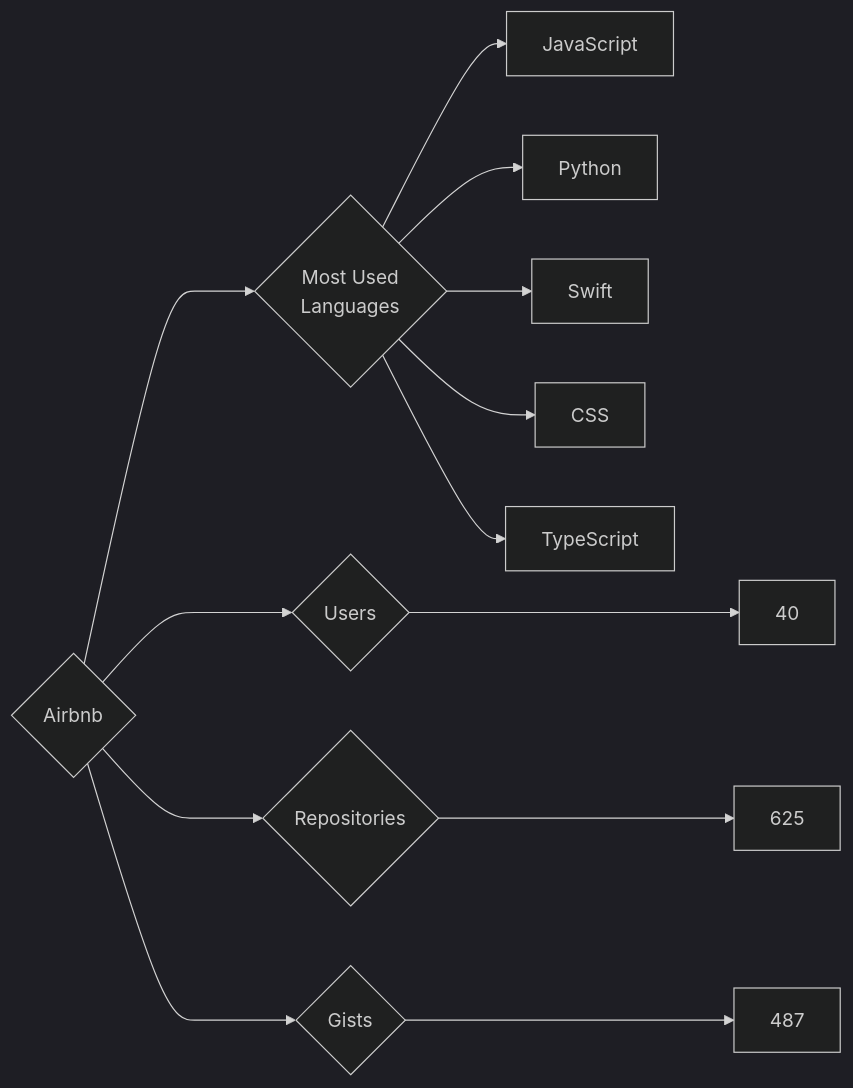
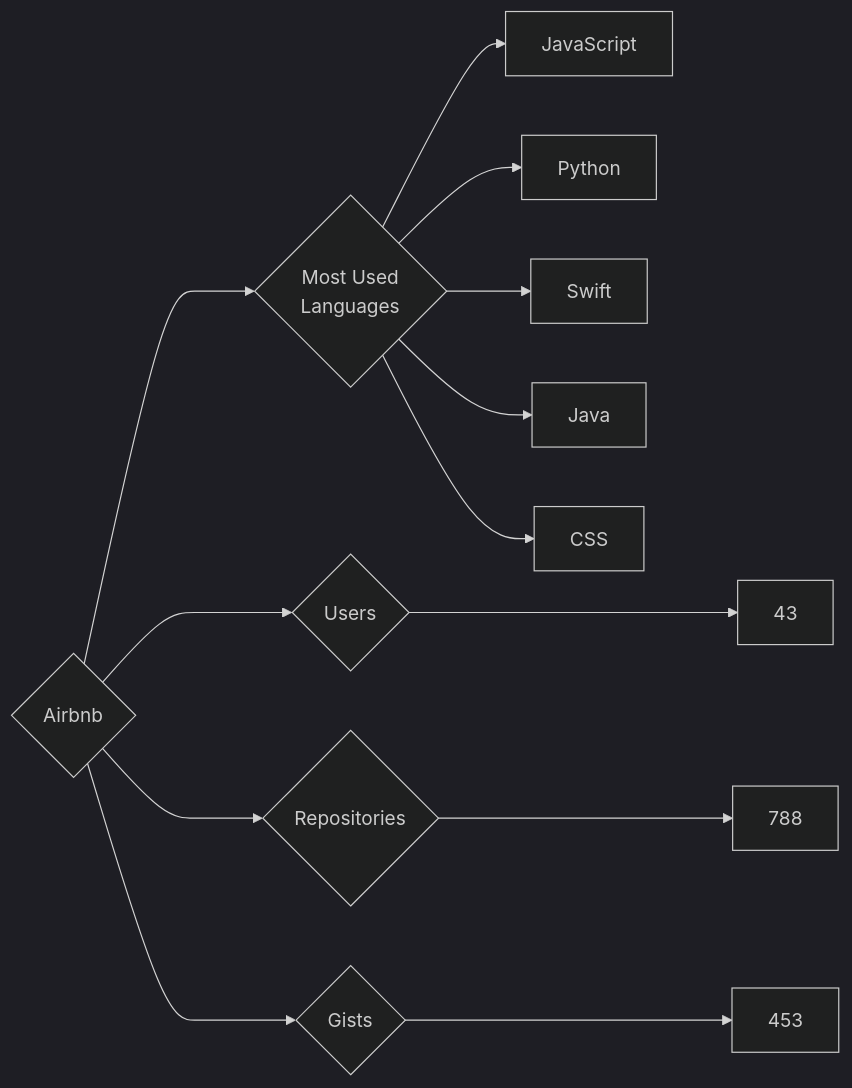
Before and after one commit to trickest/insiders: the diagram in targets/Airbnb/README.md, drawn with Mermaid (dark theme). The commit also changed 924 other files, not shown here.

````diff
--- a/targets/Airbnb/README.md
+++ b/targets/Airbnb/README.md
@@ -3,13 +3,13 @@
 ```mermaid
 graph LR
 COMPANY_NAME{Airbnb}
-COMPANY_NAME ---> U{Users} ---> UN[40]
-COMPANY_NAME ---> R{Repositories} ---> RN[625]
-COMPANY_NAME ---> G{Gists} ---> GN[487]
+COMPANY_NAME ---> U{Users} ---> UN[43]
+COMPANY_NAME ---> R{Repositories} ---> RN[788]
+COMPANY_NAME ---> G{Gists} ---> GN[453]
 COMPANY_NAME ---> ML{Most Used<br>Languages}
 ML --> JavaScript[JavaScript]
 ML --> Python[Python]
 ML --> Swift[Swift]
+ML --> Java[Java]
 ML --> CSS[CSS]
-ML --> TypeScript[TypeScript]
 ```
````
